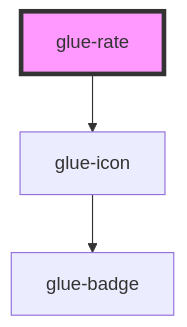
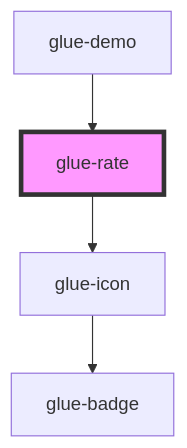
The diagram in packages/glue-components/src/components/glue-rate/readme.md (grasilife/glue), drawn with Mermaid before and after one commit. The commit also changed other lines of this file and 11 other files, not shown here.

````diff
--- a/packages/glue-components/src/components/glue-rate/readme.md
+++ b/packages/glue-components/src/components/glue-rate/readme.md
@@ -43,6 +47,7 @@
 ```mermaid
 graph TD;
   glue-rate --> glue-icon
   glue-icon --> glue-badge
+  glue-demo --> glue-rate
   style glue-rate fill:#f9f,stroke:#333,stroke-width:4px
 ```
````
